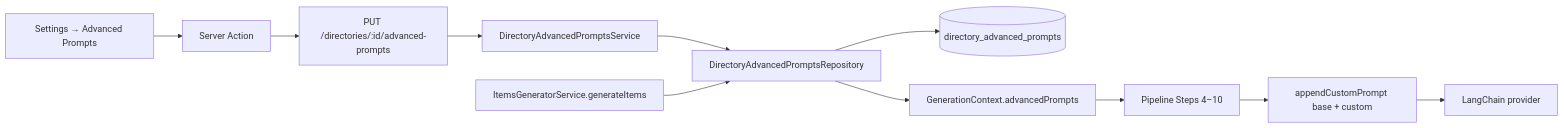
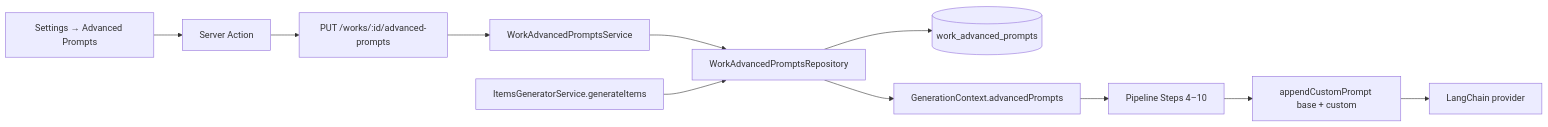
The diagram in docs/specs/features/advanced-prompts/plan.md (ever-works/ever-works), drawn with Mermaid before and after one commit. The commit also changed other lines of this file and 395 other files, not shown here.

````diff
--- a/docs/specs/features/advanced-prompts/plan.md
+++ b/docs/specs/features/advanced-prompts/plan.md
@@ -13,14 +13,14 @@
 ```mermaid
 flowchart LR
     UI[Settings → Advanced Prompts] --> Action[Server Action]
-    Action --> API[PUT /directories/:id/advanced-prompts]
-    API --> Svc[DirectoryAdvancedPromptsService]
-    Svc --> Repo[DirectoryAdvancedPromptsRepository]
-    Repo --> DB[(directory_advanced_prompts)]
+    Action --> API[PUT /works/:id/advanced-prompts]
+    API --> Svc[WorkAdvancedPromptsService]
+    Svc --> Repo[WorkAdvancedPromptsRepository]
+    Repo --> DB[(work_advanced_prompts)]
 
     Gen[ItemsGeneratorService.generateItems] --> Repo
     Repo --> Ctx[GenerationContext.advancedPrompts]
     Ctx --> Steps[Pipeline Steps 4–10]
     Steps --> Append[appendCustomPrompt base + custom]
     Append --> LLM[LangChain provider]
 ```
````
